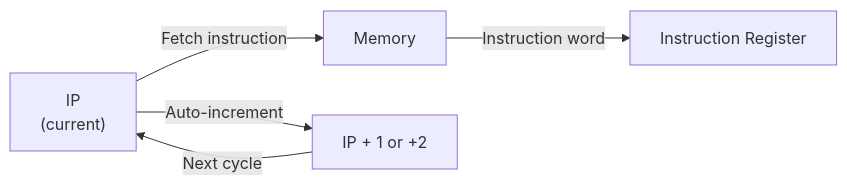
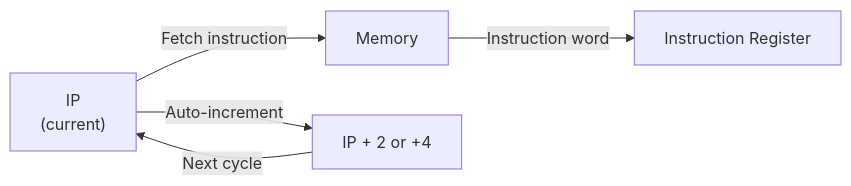
The second of 9 diagrams in docs/en/architecture/registers.md (MinecAnton209/NovumOS-16bit), drawn with Mermaid before and after one commit. The commit also changed other lines of this file and 20 other files, not shown here.

````diff
--- a/docs/en/architecture/registers.md
+++ b/docs/en/architecture/registers.md
@@ -107,7 +106,7 @@
 ```mermaid
 graph LR
     IP["IP<br/>(current)"] -->|"Fetch instruction"| MEM["Memory"]
     MEM -->|"Instruction word"| IR["Instruction Register"]
-    IP -->|"Auto-increment"| IP_INC["IP + 1 or +2"]
+    IP -->|"Auto-increment"| IP_INC["IP + 2 or +4"]
     IP_INC -->|"Next cycle"| IP
 ```
````
